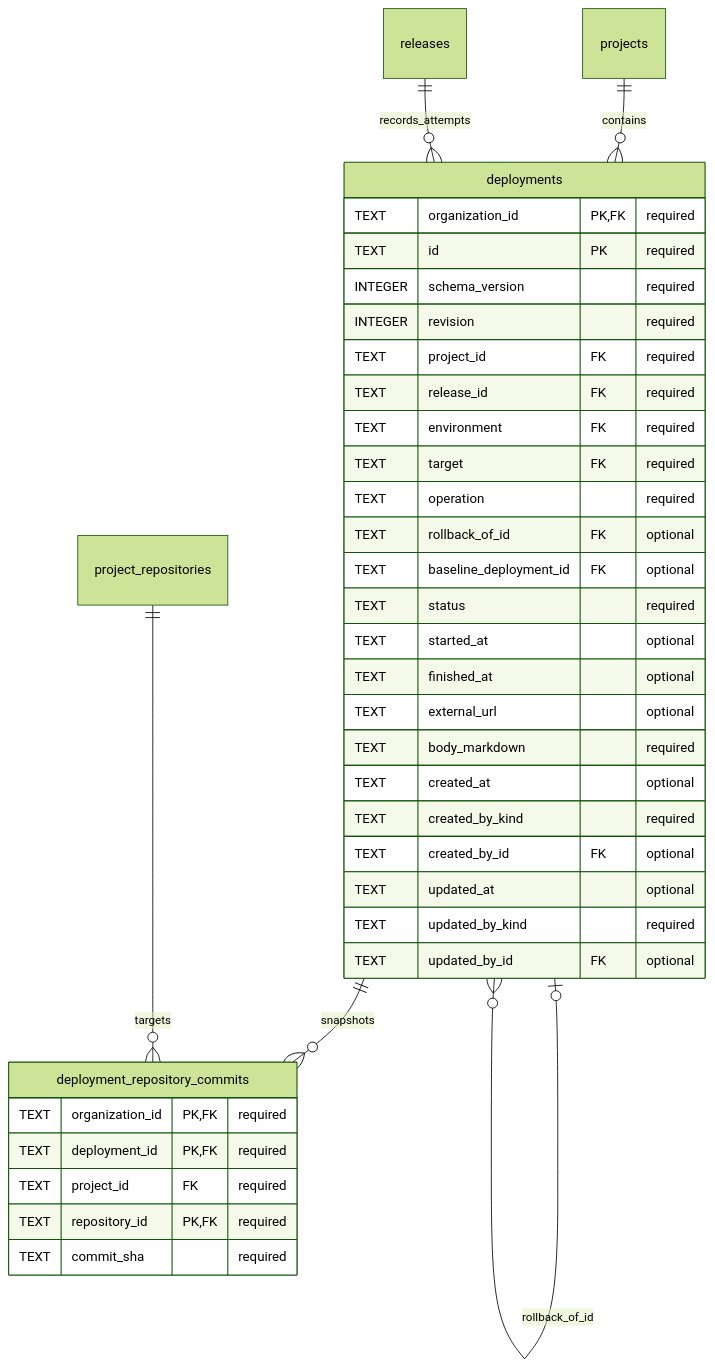
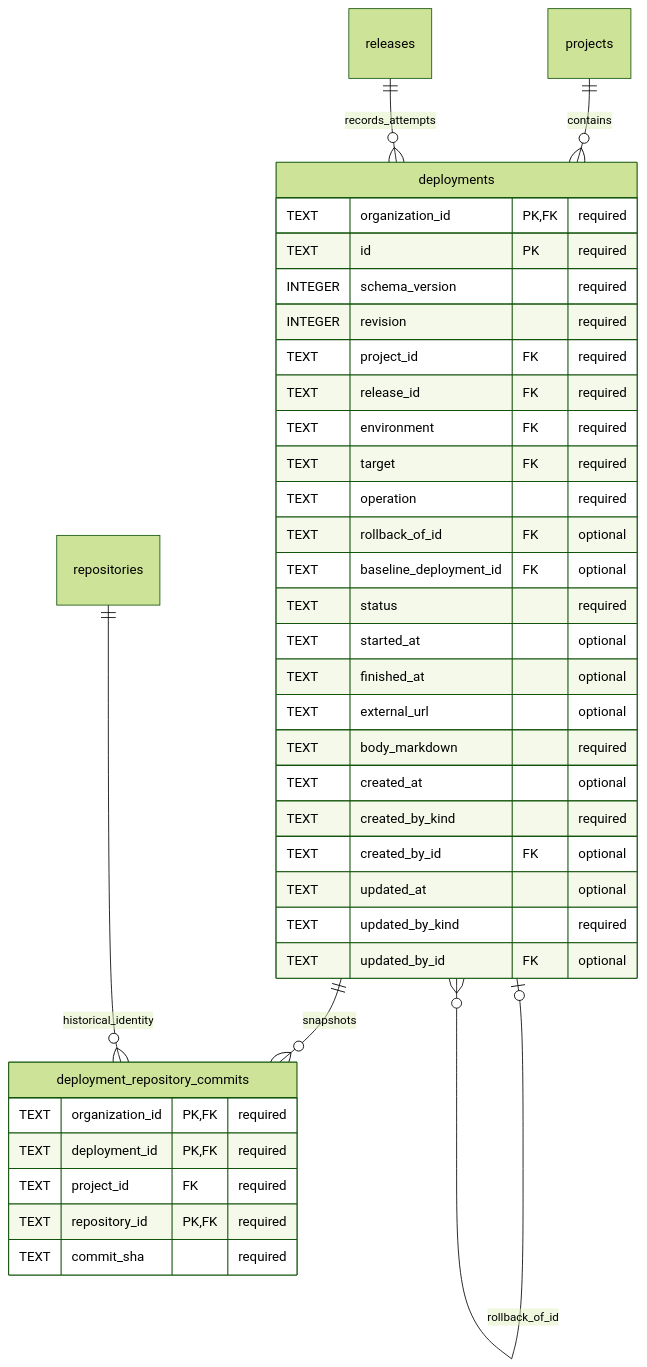
Before and after one commit to vgmello/agentic-org: the diagram in docs/design/organization-data/07-release-deployments.md, drawn with Mermaid (forest theme). The commit also changed other lines of this file and 14 other files, not shown here.

First line of the commit message:
docs: complete private-note schema and audit data integrity

````diff
--- a/docs/design/organization-data/07-release-deployments.md
+++ b/docs/design/organization-data/07-release-deployments.md
@@ -7,39 +7,39 @@
 ```mermaid
 erDiagram
     projects ||--o{ deployments : contains
     releases ||--o{ deployments : records_attempts
     deployments o|--o{ deployments : rollback_of_id
     deployments ||--o{ deployment_repository_commits : snapshots
-    project_repositories ||--o{ deployment_repository_commits : targets
+    repositories ||--o{ deployment_repository_commits : historical_identity
     deployments {
         TEXT organization_id PK, FK "required"
         TEXT id PK "required"
         INTEGER schema_version "required"
         INTEGER revision "required"
         TEXT project_id FK "required"
         TEXT release_id FK "required"
         TEXT environment FK "required"
         TEXT target FK "required"
         TEXT operation "required"
         TEXT rollback_of_id FK "optional"
         TEXT baseline_deployment_id FK "optional"
         TEXT status "required"
         TEXT started_at "optional"
         TEXT finished_at "optional"
         TEXT external_url "optional"
         TEXT body_markdown "required"
         TEXT created_at "optional"
         TEXT created_by_kind "required"
         TEXT created_by_id FK "optional"
         TEXT updated_at "optional"
         TEXT updated_by_kind "required"
         TEXT updated_by_id FK "optional"
     }
     deployment_repository_commits {
         TEXT organization_id PK, FK "required"
         TEXT deployment_id PK, FK "required"
         TEXT project_id FK "required"
         TEXT repository_id PK, FK "required"
         TEXT commit_sha "required"
     }
 ```
````
